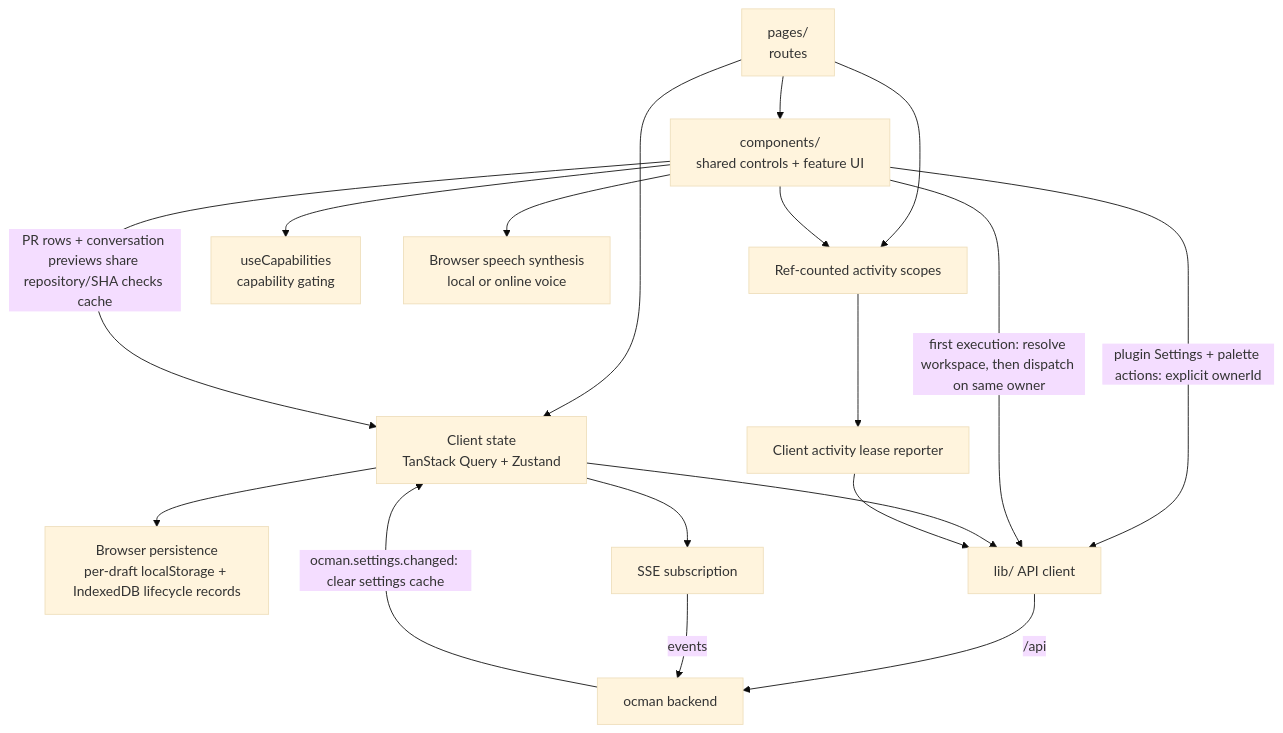
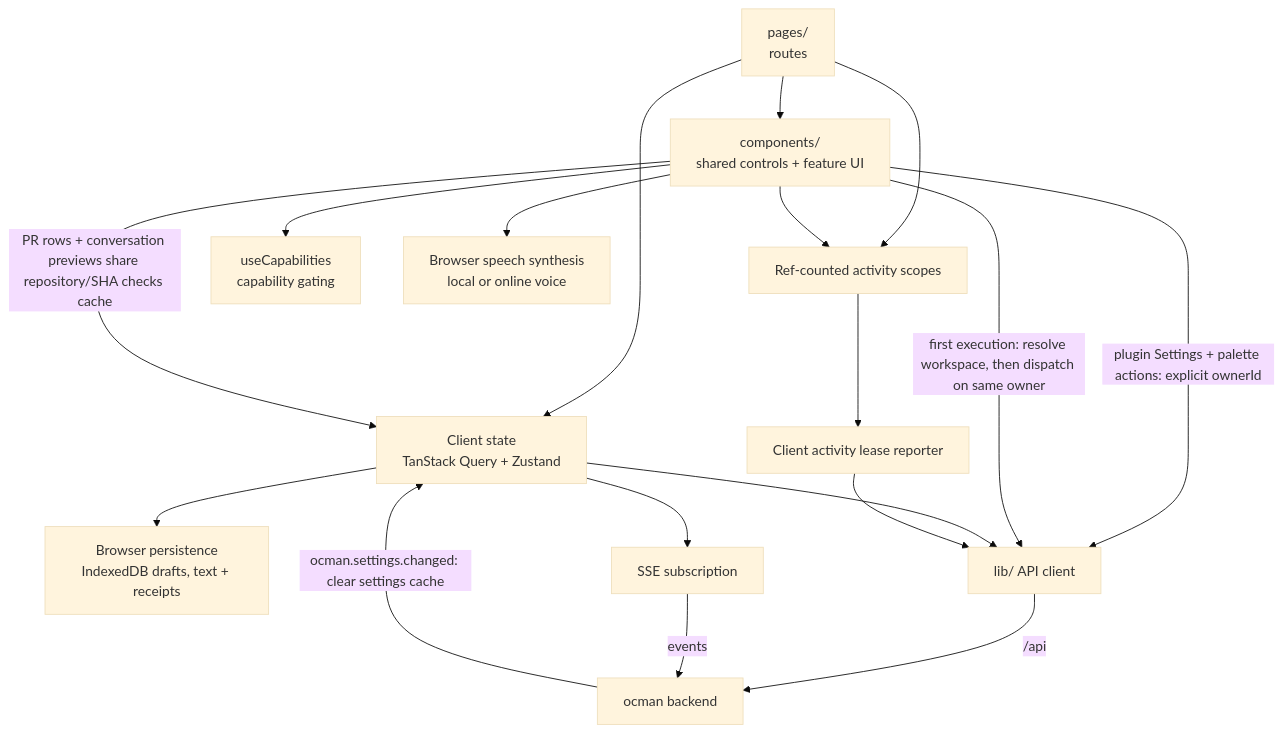
Before and after one commit to ocman/ocman: the fourth of 5 diagrams in docs/other/architecture.md, drawn with Mermaid (base theme). The commit also changed other lines of this file and 22 other files, not shown here.

First line of the commit message:
refactor(drafts): store draft state in one IndexedDB database

````diff
--- a/docs/other/architecture.md
+++ b/docs/other/architecture.md
@@ -468,20 +468,20 @@
 ```mermaid
 flowchart TD
     Pages[pages/<br/>routes] --> Comp[components/<br/>shared controls + feature UI]
     Pages --> Stores[Client state<br/>TanStack Query + Zustand]
-    Stores --> Persistence[Browser persistence<br/>per-draft localStorage + IndexedDB lifecycle records]
+    Stores --> Persistence[Browser persistence<br/>IndexedDB drafts, text + receipts]
     Comp -->|PR rows + conversation previews share repository/SHA checks cache| Stores
     Comp -->|plugin Settings + palette actions: explicit ownerId| API
     Comp -->|first execution: resolve workspace, then dispatch on same owner| API
     Stores --> API[lib/ API client]
     Stores --> SSE[SSE subscription]
     Pages --> Scopes[Ref-counted activity scopes]
     Comp --> Scopes
     Scopes --> Reporter[Client activity lease reporter]
     Reporter --> API
     API -->|/api| Hub[ocman backend]
     SSE -->|events| Hub
     Hub -->|ocman.settings.changed: clear settings cache| Stores
     Comp --> Caps[useCapabilities<br/>capability gating]
     Comp --> Speech[Browser speech synthesis<br/>local or online voice]
 ```
````
